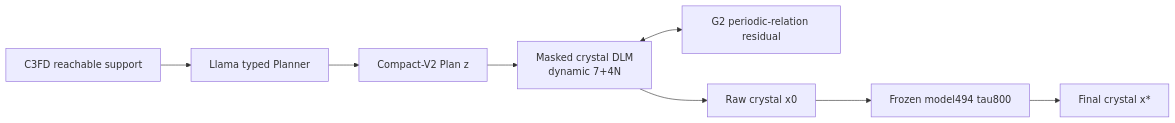
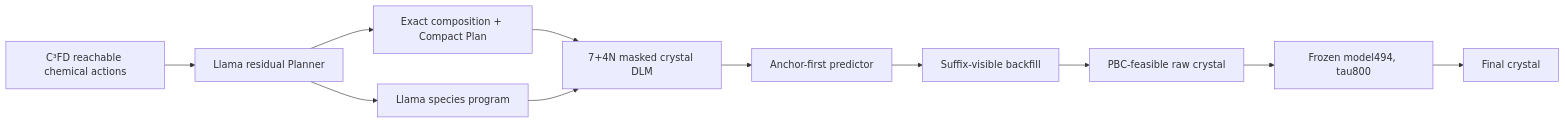
Before and after one commit to YWDDLiang/DLM: the diagram in README.md, drawn with Mermaid. The commit also changed other lines of this file, not shown here.

````diff
--- a/README.md
+++ b/README.md
@@ -20,10 +18,13 @@
 ```mermaid
 flowchart LR
-    C[C3FD reachable support] --> L[Llama typed Planner]
-    L --> P[Compact-V2 Plan z]
-    P --> D[Masked crystal DLM<br/>dynamic 7+4N]
-    D <--> G[G2 periodic-relation residual]
-    D --> R[Raw crystal x0]
-    R --> M[Frozen model494 tau800]
-    M --> X[Final crystal x*]
+    C[C³FD reachable chemical actions] --> L[Llama residual Planner]
+    L --> P[Exact composition + Compact Plan]
+    L --> O[Llama species program]
+    P --> D[7+4N masked crystal DLM]
+    O --> D
+    D --> A[Anchor-first predictor]
+    A --> B[Suffix-visible backfill]
+    B --> G[PBC-feasible raw crystal]
+    G --> M[Frozen model494, tau800]
+    M --> X[Final crystal]
 ```
````
